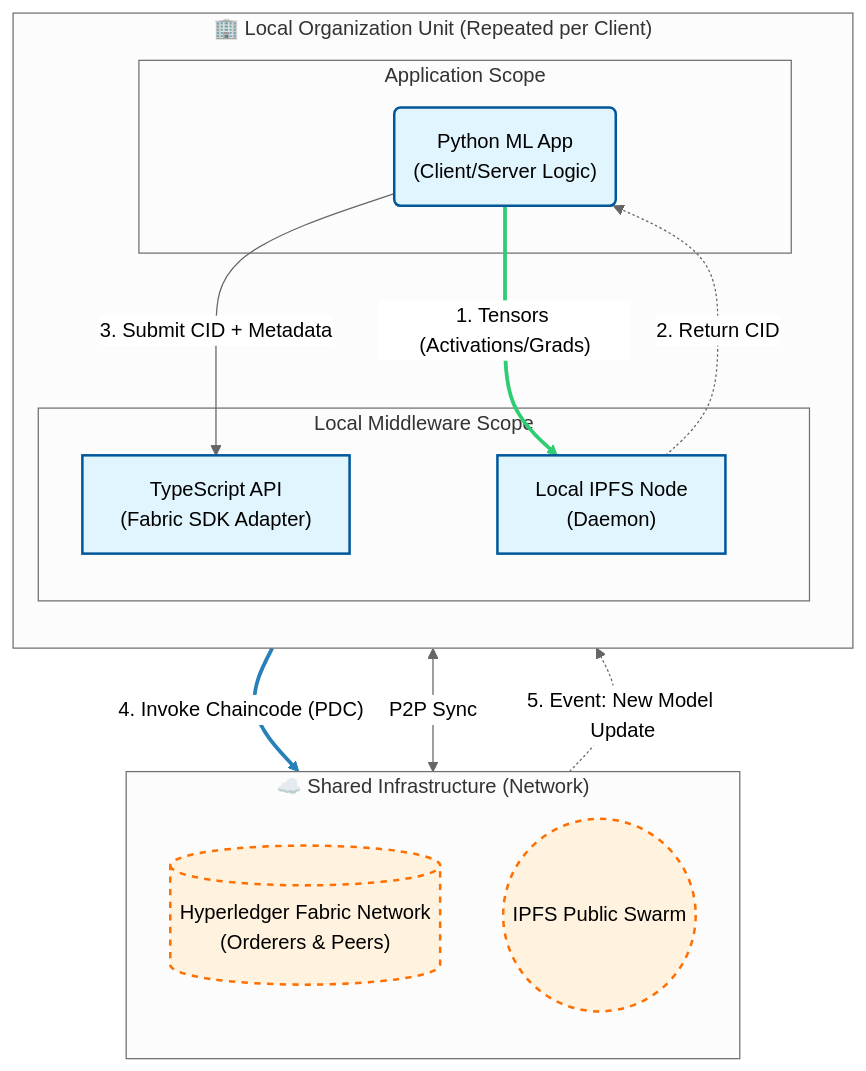
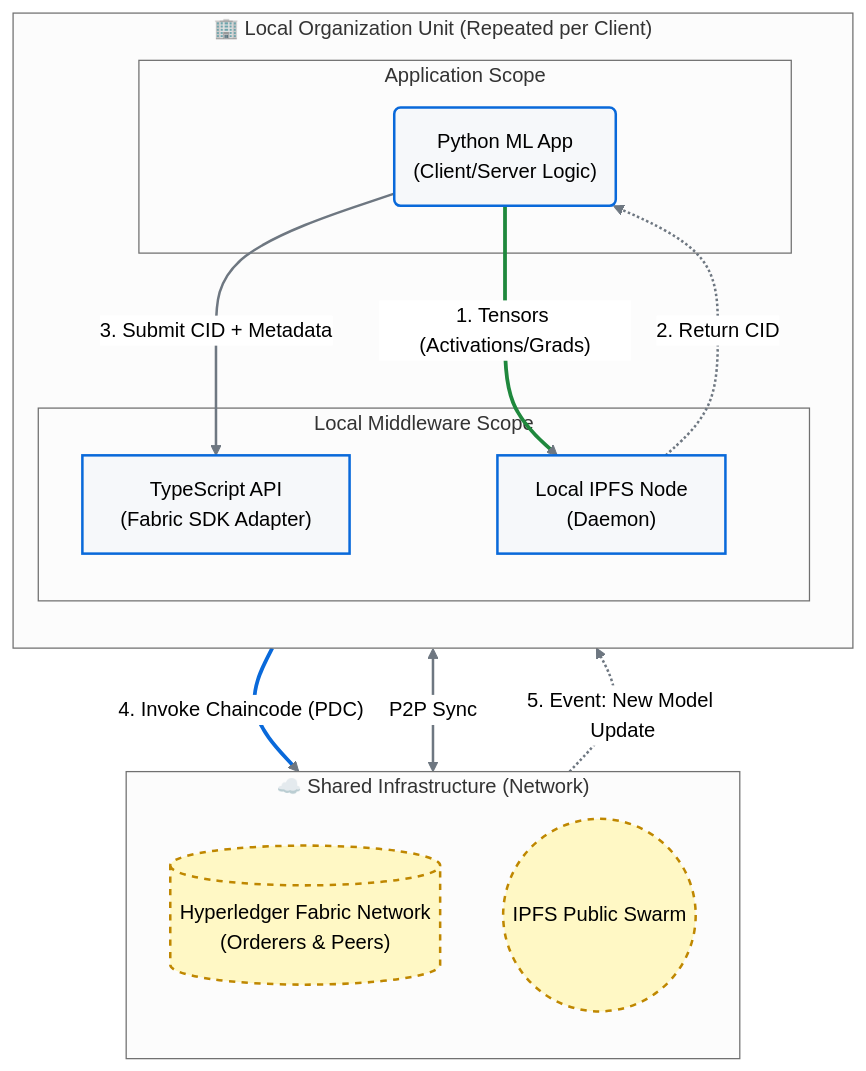
Before and after one commit to cbeis-iclab/HLF-FSL: the diagram in README.md, drawn with Mermaid (neutral theme).

Commit message:
Interaction flow md fix v4.0

````diff
--- a/README.md
+++ b/README.md
@@ -43,39 +43,50 @@
 ```mermaid
 graph TD
-
-    classDef local fill:#e1f5fe,stroke:#01579b,stroke-width:2px;
-    classDef network fill:#fff3e0,stroke:#ff6f00,stroke-width:2px,stroke-dasharray: 5 5;
+    %% DEFINICIÓN DE CLASES (ESTILOS)
+    %% stroke: borde, fill: fondo, color: texto
+    
+    %% Clase "local": Fondo gris muy suave, Borde Azul GitHub, Texto NEGRO
+    classDef local fill:#f6f8fa,stroke:#0969da,stroke-width:2px,color:#000000
+    
+    %% Clase "network": Fondo amarillo suave, Borde Naranja, Texto NEGRO
+    classDef network fill:#fff8c5,stroke:#bf8700,stroke-width:2px,stroke-dasharray: 5 5,color:#000000
     
     subgraph Shared_Infra ["☁️ Shared Infrastructure (Network)"]
         direction TB
         Fabric[("Hyperledger Fabric Network<br>(Orderers & Peers)")]:::network
         IPFS_Swarm((IPFS Public Swarm)):::network
     end
 
     subgraph Org_Node ["🏢 Local Organization Unit (Repeated per Client)"]
         direction TB
         
         subgraph App_Layer ["Application Scope"]
             ML("Python ML App<br>(Client/Server Logic)"):::local
         end
         
         subgraph Middleware_Layer ["Local Middleware Scope"]
             API["TypeScript API<br>(Fabric SDK Adapter)"]:::local
             IPFS_Local["Local IPFS Node<br>(Daemon)"]:::local
         end
         
         %% Conexiones internas (Local)
         ML == "1. Tensors (Activations/Grads)" ==> IPFS_Local
-        IPFS_Local -.->|2. Return CID| ML
-        ML -->|3. Submit CID + Metadata| API
+        IPFS_Local -.->|"2. Return CID"| ML
+        ML -->|"3. Submit CID + Metadata"| API
         
         %% Conexiones externas (Red)
         API -->|"4. Invoke Chaincode (PDC)"| Fabric
         IPFS_Local <-->|"P2P Sync"| IPFS_Swarm
         Fabric -.->|"5. Event: New Model Update"| API
     end
 
-    %% Leyenda explicativa visual
-    linkStyle 0 stroke:#2ecd71,stroke-width:3px;
-    linkStyle 3 stroke:#2980b9,stroke-width:3px;
+    %% ESTILOS DE LÍNEAS (LINKS)
+    %% Link 0 (ML ==> IPFS): Verde para datos
+    linkStyle 0 stroke:#1f883d,stroke-width:3px,color:#000000
+    
+    %% Link 3 (API --> Fabric): Azul para control
+    linkStyle 3 stroke:#0969da,stroke-width:3px,color:#000000
+    
+    %% Resto de links: Gris oscuro
+    linkStyle default stroke:#6e7781,stroke-width:2px,color:#000000
 ```
````
